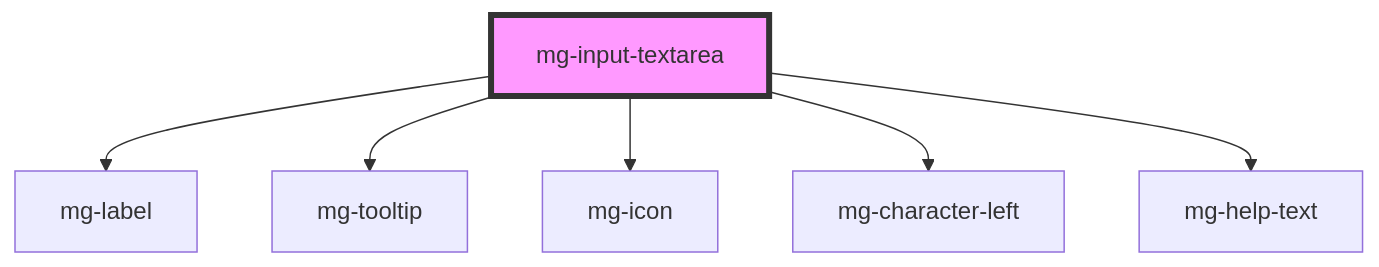
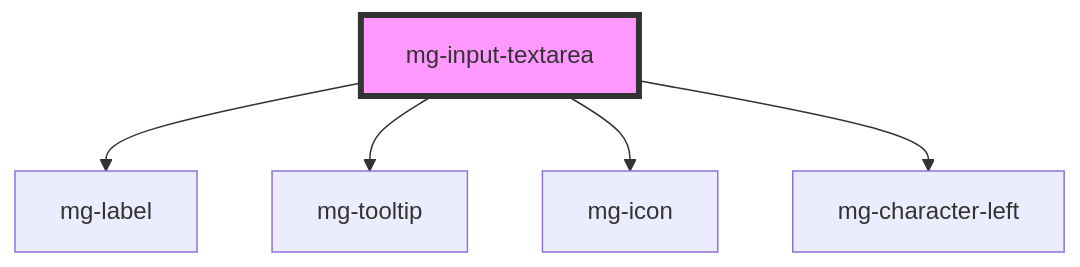
Before and after one commit to MGDIS/mg-components: the diagram in src/components/molecules/inputs/mg-input-textarea/readme.md, drawn with Mermaid. The commit also changed other lines of this file and 26 other files, not shown here.

First line of the commit message:
style(mg-input): improve Accessibility / Remove mg-help-text / Define style

````diff
--- a/src/components/molecules/inputs/mg-input-textarea/readme.md
+++ b/src/components/molecules/inputs/mg-input-textarea/readme.md
@@ -50,9 +49,8 @@
 ```mermaid
 graph TD;
   mg-input-textarea --> mg-label
   mg-input-textarea --> mg-tooltip
   mg-input-textarea --> mg-icon
   mg-input-textarea --> mg-character-left
-  mg-input-textarea --> mg-help-text
   style mg-input-textarea fill:#f9f,stroke:#333,stroke-width:4px
 ```
````
